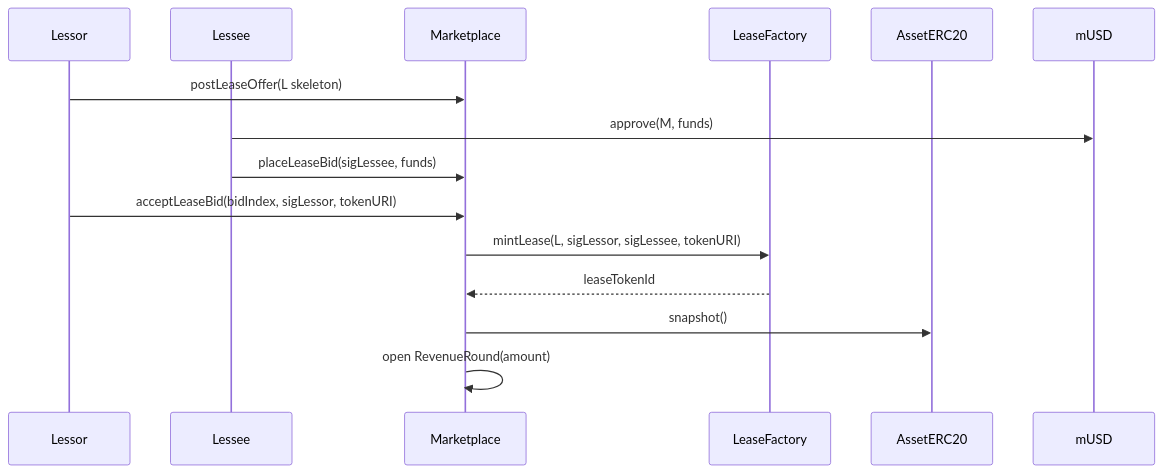
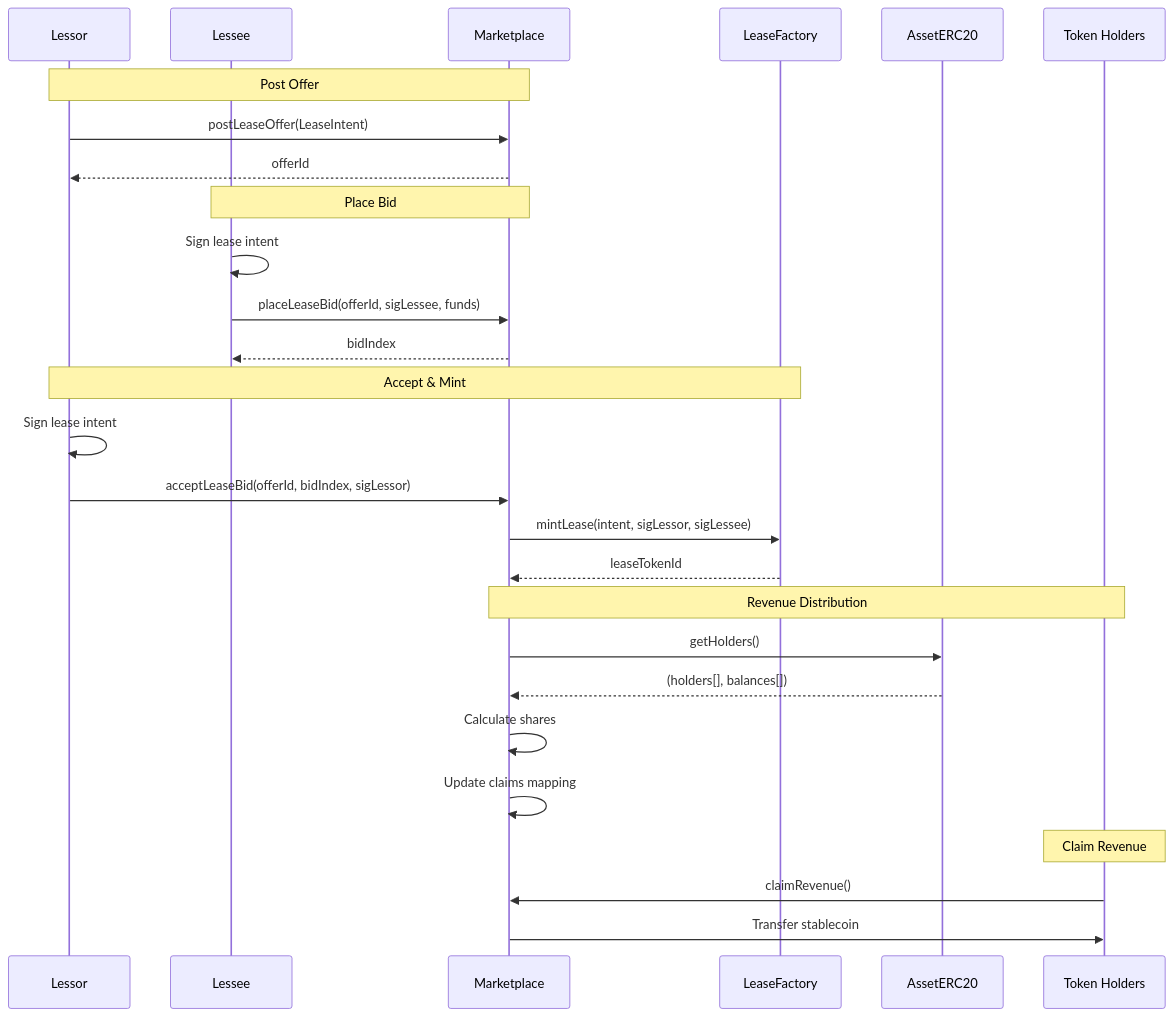
Before and after one commit to faas-tech/space-markets: the second of 3 diagrams in docs/contract-specific/Marketplace.md, drawn with Mermaid. The commit also changed other lines of this file and 14 other files, not shown here.

````diff
--- a/docs/contract-specific/Marketplace.md
+++ b/docs/contract-specific/Marketplace.md
@@ -70,18 +280,34 @@
 ```mermaid
 sequenceDiagram
-  participant Lessor
-  participant Lessee
-  participant M as Marketplace
-  participant F as LeaseFactory
-  participant T as AssetERC20
-  participant S as mUSD
+    participant Lessor
+    participant Lessee
+    participant Market as Marketplace
+    participant Factory as LeaseFactory
+    participant Token as AssetERC20
+    participant Holders as Token Holders
 
-  Lessor->>M: postLeaseOffer(L skeleton)
-  Lessee->>S: approve(M, funds)
-  Lessee->>M: placeLeaseBid(sigLessee, funds)
-  Lessor->>M: acceptLeaseBid(bidIndex, sigLessor, tokenURI)
-  M->>F: mintLease(L, sigLessor, sigLessee, tokenURI)
-  F-->>M: leaseTokenId
-  M->>T: snapshot()
-  M->>M: open RevenueRound(amount)
+    Note over Lessor, Market: Post Offer
+    Lessor->>Market: postLeaseOffer(LeaseIntent)
+    Market-->>Lessor: offerId
+
+    Note over Lessee, Market: Place Bid
+    Lessee->>Lessee: Sign lease intent
+    Lessee->>Market: placeLeaseBid(offerId, sigLessee, funds)
+    Market-->>Lessee: bidIndex
+
+    Note over Lessor, Factory: Accept & Mint
+    Lessor->>Lessor: Sign lease intent
+    Lessor->>Market: acceptLeaseBid(offerId, bidIndex, sigLessor)
+    Market->>Factory: mintLease(intent, sigLessor, sigLessee)
+    Factory-->>Market: leaseTokenId
+
+    Note over Market, Holders: Revenue Distribution
+    Market->>Token: getHolders()
+    Token-->>Market: (holders[], balances[])
+    Market->>Market: Calculate shares
+    Market->>Market: Update claims mapping
+
+    Note over Holders: Claim Revenue
+    Holders->>Market: claimRevenue()
+    Market->>Holders: Transfer stablecoin
 ```
````
